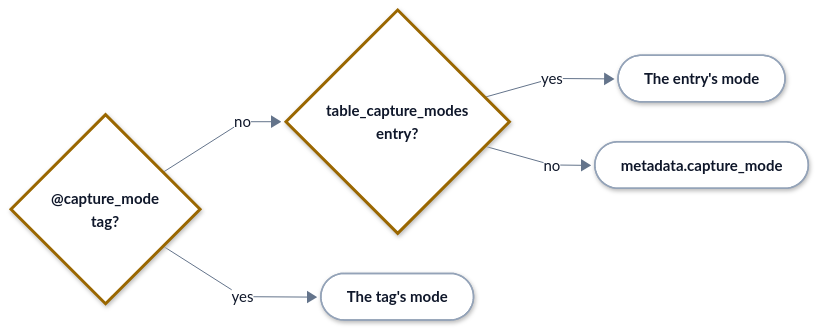
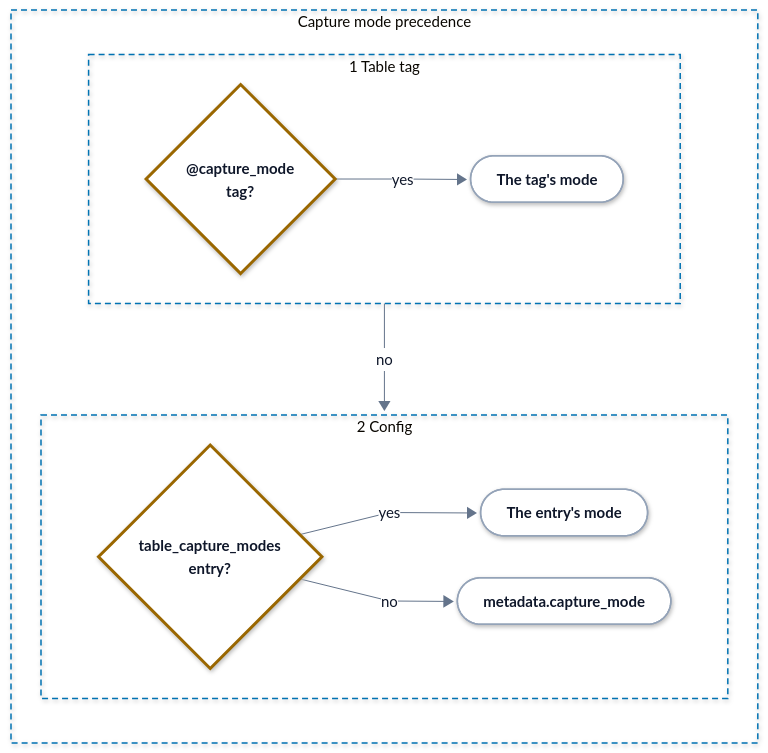
The diagram in docs/pipeline/capture-modes.md (hyperi-io/dfe-loader), drawn with Mermaid before and after one commit. The commit also changed 19 other files, not shown here.

First line of the commit message:
docs(architecture): bring the loader pages to the architecture standard

````diff
--- a/docs/pipeline/capture-modes.md
+++ b/docs/pipeline/capture-modes.md
@@ -83,20 +83,32 @@
     .ui .label-icon{color:#D9480F}
     .ext .label-icon{color:#64748B}
 ---
-flowchart LR
+flowchart TB
     accTitle: L4 Detail -- Capture mode precedence
     accDescr: A table whose COMMENT carries a capture_mode tag uses that mode. Otherwise a metadata.table_capture_modes entry for the table decides. Otherwise metadata.capture_mode applies.
 
-    tag{"<b>@capture_mode<br/>tag?</b>"}
-    entry{"<b>table_capture_modes<br/>entry?</b>"}
-    tagmode(["<b>The tag's mode</b>"])
-    entrymode(["<b>The entry's mode</b>"])
-    global(["<b>metadata.capture_mode</b>"])
-
-    tag -->|no| entry
-    tag -->|yes| tagmode
-    entry -->|yes| entrymode
-    entry -->|no| global
+    subgraph prec["Capture mode precedence"]
+        direction TB
+        subgraph R1["1 Table tag"]
+            direction LR
+            tag{"<b>@capture_mode<br/>tag?</b>"}
+            tagmode(["<b>The tag's mode</b>"])
+            tag -->|yes| tagmode
+        end
+        subgraph R2["2 Config"]
+            direction LR
+            entry{"<b>table_capture_modes<br/>entry?</b>"}
+            entrymode(["<b>The entry's mode</b>"])
+            global(["<b>metadata.capture_mode</b>"])
+            entry -->|yes| entrymode
+            entry -->|no| global
+        end
+        R1 -->|no| R2
+    end
+  class tag,entry decision
+  class tagmode,entrymode,global part
+  class tag,entry decision
+  class tagmode,entrymode,global part
   classDef ext fill:#F4F6F8,stroke:#94A3B8,stroke-width:1.5px,stroke-dasharray:5 4,color:#0F172A
   classDef ingest fill:#FFFFFF,stroke:#0E8A7D,stroke-width:3px,color:#0F172A
   classDef xform fill:#FFFFFF,stroke:#7B4FB0,stroke-width:3px,color:#0F172A
@@ -108,6 +120,7 @@
   classDef error fill:#FFFFFF,stroke:#C2410C,stroke-width:3px,color:#0F172A
   classDef control fill:#FFFFFF,stroke:#334155,stroke-width:3px,color:#0F172A
   classDef part fill:#FFFFFF,stroke:#94A3B8,stroke-width:1.5px,color:#0F172A
-  class tag,entry decision
-  class tagmode,entrymode,global part
+  style prec fill:none,stroke:#0072B2,stroke-width:1.5px,stroke-dasharray:6 4
+  style R1 fill:none,stroke:#0072B2,stroke-width:1.5px,stroke-dasharray:6 4
+  style R2 fill:none,stroke:#0072B2,stroke-width:1.5px,stroke-dasharray:6 4
 ```
````
